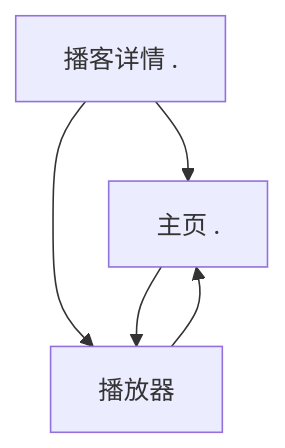
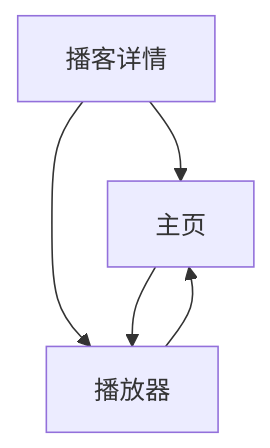
The second of 2 diagrams in docs/kmp/migrate-from-android.md (BinaryTape/Open-Docs), drawn with Mermaid before and after one commit. The commit also changed other lines of this file and 42 other files, not shown here.

````diff
--- a/docs/kmp/migrate-from-android.md
+++ b/docs/kmp/migrate-from-android.md
@@ -324,44 +324,44 @@
 ```mermaid
 ---
 config:
   labelBackground: '#ded'
 ---
 flowchart TB
   %% Nodes (plain labels, no quotes/parentheses/braces)
-  %% Start[Start .]
-  Home[主页 .]
+  %% Start[Start]
+  Home[主页]
   Player[播放器]
-  PodcastDetailsRoute[播客详情 .]
+  PodcastDetailsRoute[播客详情]
   %% DeepLinkEpisodes[Deep link to player]
   %% DeepLinkPodcasts[Deep link to podcast]
 
   %% Home’s supporting pane represented as a subgraph
   %% subgraph HomeSupportingPane
     %% direction LR
     %% HomeMain[Home main content]
     %% PodcastDetailsPane[PodcastDetails in supporting pane]
   %% end
 
   %% Start and primary navigation
   %% Start --> Home
 
   %% Home main actions
   Home --> Player
   %% Home -->|Select podcast| PodcastDetailsPane
 
   %% From PodcastDetails (supporting pane) actions
   %% PodcastDetailsPane --> Player
   %% PodcastDetailsPane --> Home
 
   %% Standalone routes (deep links)
   %% DeepLinkEpisodes --> Player
   %% DeepLinkPodcasts --> PodcastDetailsRoute
 
   %% From standalone PodcastDetails route
   PodcastDetailsRoute --> Player
   PodcastDetailsRoute --> Home
 
   %% Back behavior from Player (returns to previous context)
   Player --> Home
   %% Player -->|Back| PodcastDetailsPane
 ```
````
